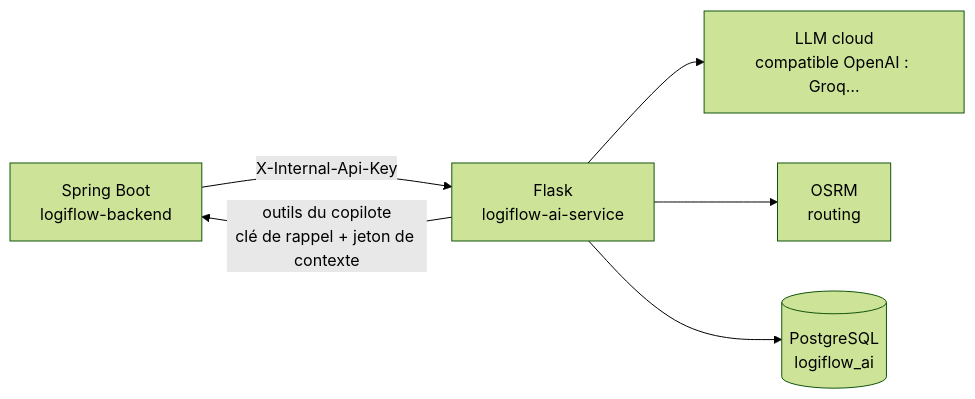
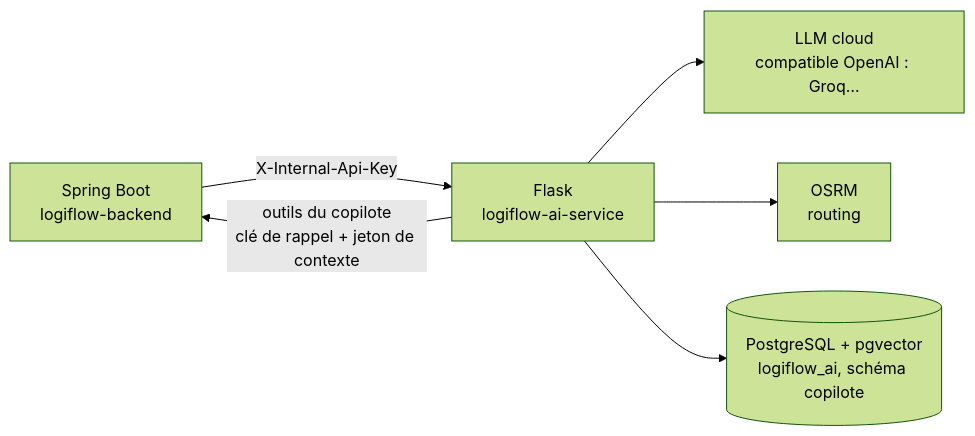
One commit to ibrahim-stitou/logiflow-ai-service changed the first of 2 diagrams in docs/architecture.md. Above: the diagram before and after it, drawn with Mermaid (forest theme). The commit also changed other lines of this file and 1 other file, not shown here.

Commit message:
docs: README et architecture détaillés du service IA (agents, flux, erreurs, déploiement)

````diff
--- a/docs/architecture.md
+++ b/docs/architecture.md
@@ -11,8 +25,8 @@
 ```mermaid
 graph LR
     SB[Spring Boot<br/>logiflow-backend] -->|X-Internal-Api-Key| FL[Flask<br/>logiflow-ai-service]
     FL -->|outils du copilote<br/>clé de rappel + jeton de contexte| SB
-    FL --> OL[LLM cloud<br/>compatible OpenAI : Groq…]
+    FL --> LLM[LLM cloud<br/>compatible OpenAI : Groq…]
     FL --> OS[OSRM<br/>routing]
-    FL --> DB[(PostgreSQL<br/>logiflow_ai)]
+    FL --> DB[(PostgreSQL + pgvector<br/>logiflow_ai, schéma copilote)]
 ```
````
